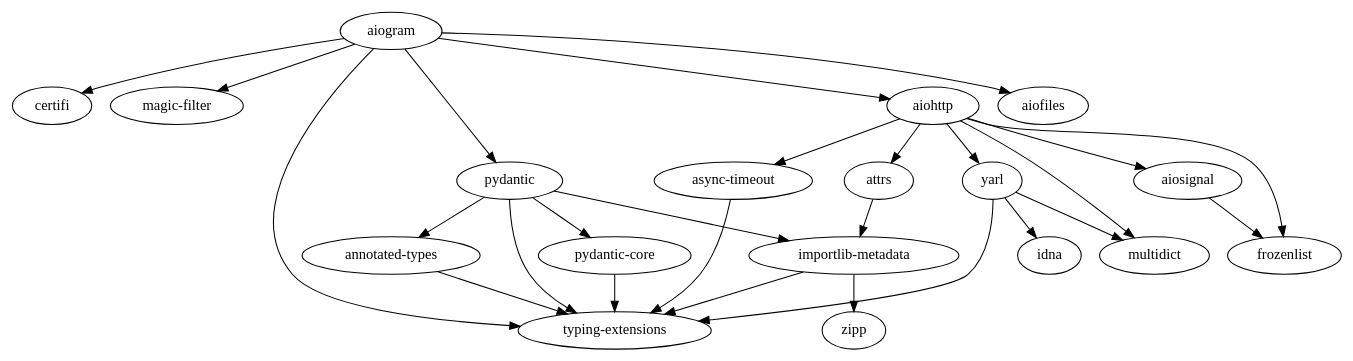
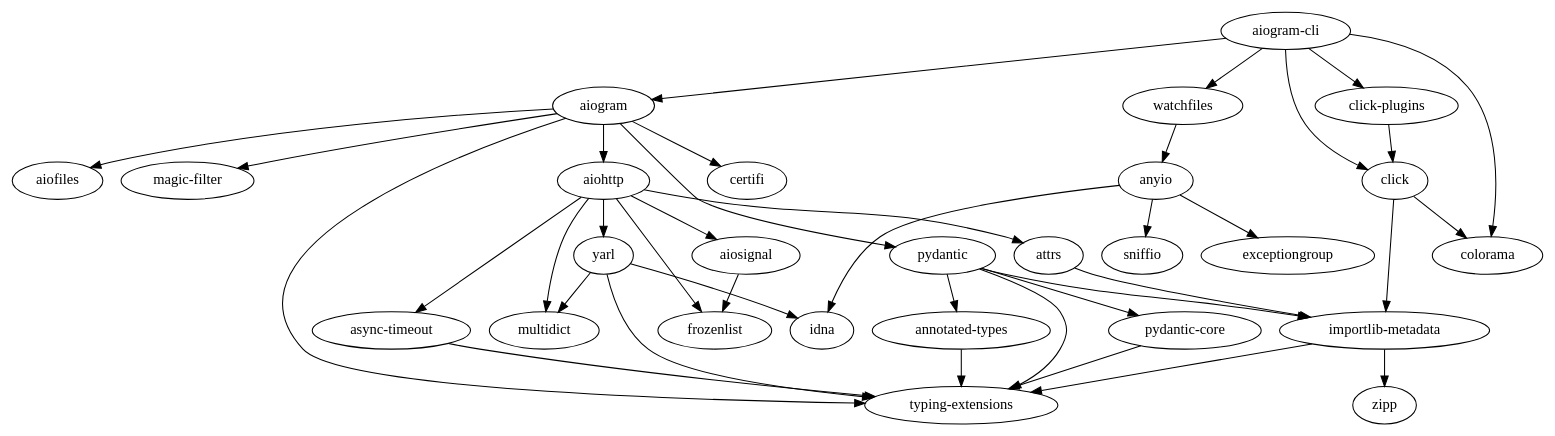
One commit to PyAlexOs/ConfigureManaging changed the diagram in files/dependency_graphs/aiogram_dependencies_graph.gv. Above: the diagram before and after it, drawn with Graphviz. The commit also changed 2 other files, not shown here.

```diff
--- a/files/dependency_graphs/aiogram_dependencies_graph.gv
+++ b/files/dependency_graphs/aiogram_dependencies_graph.gv
@@ -1,46 +1,66 @@
 digraph "aiogram package dependencies" {
 	aiogram
+	aiogram -> pydantic
+	aiogram -> aiohttp
 	aiogram -> certifi
+	aiogram -> aiofiles
 	aiogram -> "magic-filter"
 	aiogram -> "typing-extensions"
-	aiogram -> aiohttp
-	aiogram -> aiofiles
-	aiogram -> pydantic
 	aiofiles
 	aiohttp
-	aiohttp -> attrs
+	aiohttp -> aiosignal
+	aiohttp -> yarl
 	aiohttp -> "async-timeout"
 	aiohttp -> multidict
-	aiohttp -> yarl
+	aiohttp -> attrs
 	aiohttp -> frozenlist
-	aiohttp -> aiosignal
 	certifi
 	"magic-filter"
 	pydantic
+	pydantic -> "typing-extensions"
 	pydantic -> "importlib-metadata"
 	pydantic -> "pydantic-core"
 	pydantic -> "annotated-types"
-	pydantic -> "typing-extensions"
 	"typing-extensions"
-	attrs
-	attrs -> "importlib-metadata"
+	"aiogram-cli"
+	"aiogram-cli" -> aiogram
+	"aiogram-cli" -> colorama
+	"aiogram-cli" -> watchfiles
+	"aiogram-cli" -> click
+	"aiogram-cli" -> "click-plugins"
+	aiosignal
+	aiosignal -> frozenlist
+	yarl
+	yarl -> "typing-extensions"
+	yarl -> idna
+	yarl -> multidict
 	"async-timeout"
 	"async-timeout" -> "typing-extensions"
 	multidict
-	yarl
-	yarl -> idna
-	yarl -> multidict
-	yarl -> "typing-extensions"
+	attrs
+	attrs -> "importlib-metadata"
 	frozenlist
-	aiosignal
-	aiosignal -> frozenlist
 	"importlib-metadata"
+	"importlib-metadata" -> "typing-extensions"
 	"importlib-metadata" -> zipp
-	"importlib-metadata" -> "typing-extensions"
 	"pydantic-core"
 	"pydantic-core" -> "typing-extensions"
 	"annotated-types"
 	"annotated-types" -> "typing-extensions"
+	colorama
+	watchfiles
+	watchfiles -> anyio
+	click
+	click -> colorama
+	click -> "importlib-metadata"
+	"click-plugins"
+	"click-plugins" -> click
 	idna
 	zipp
+	anyio
+	anyio -> sniffio
+	anyio -> idna
+	anyio -> exceptiongroup
+	sniffio
+	exceptiongroup
 }
```
